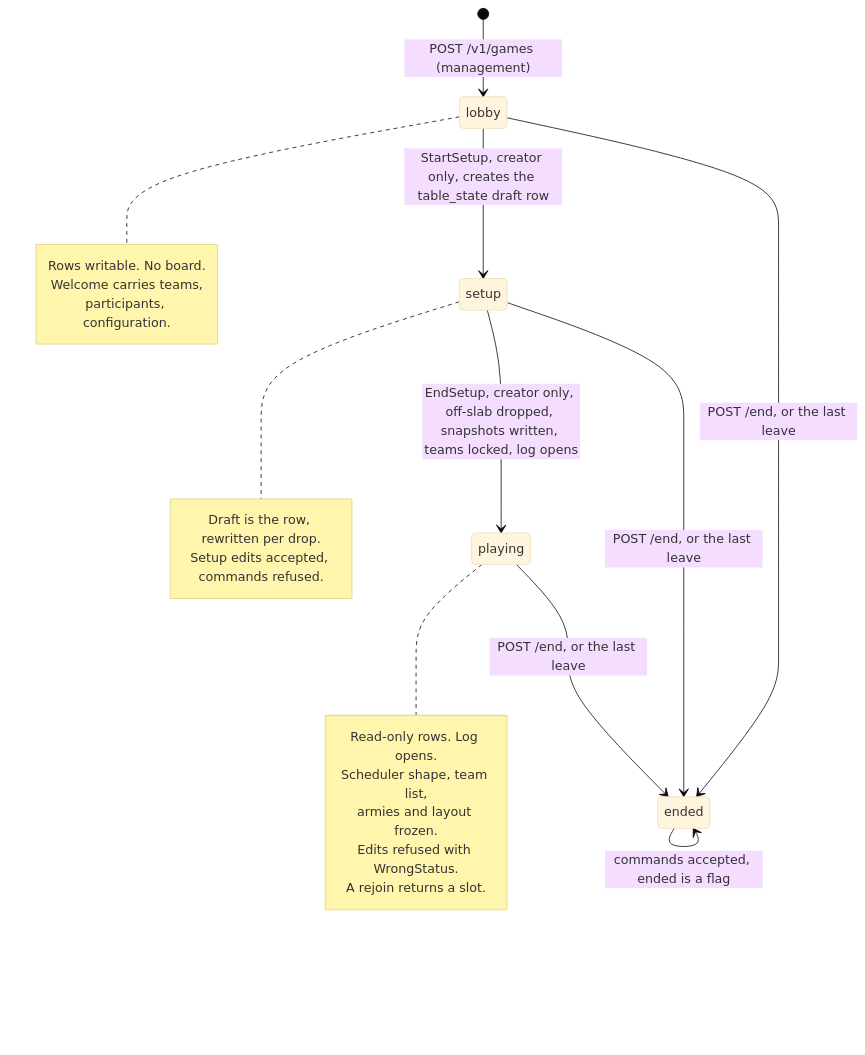
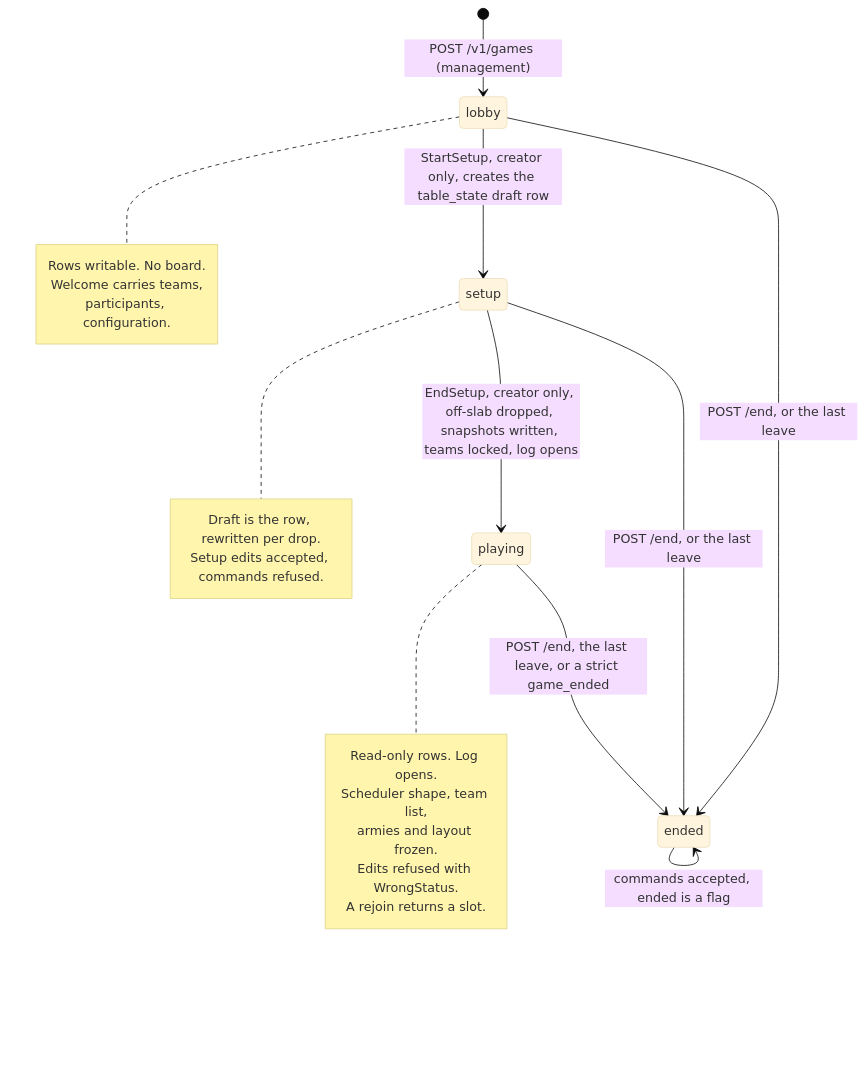
One commit to cstupi/tabletop changed diagram 11 of 12 in docs/design/game-server/design.md. Above: the diagram before and after it, drawn with Mermaid (base theme). The commit also changed other lines of this file and 22 other files, not shown here.

First line of the commit message:
Level the design docs, specs, plans, schema and handoff with the merged enforcement engine and scored core mission

````diff
--- a/docs/design/game-server/design.md
+++ b/docs/design/game-server/design.md
@@ -1068,26 +1068,26 @@
 ```mermaid
 stateDiagram-v2
     [*] --> lobby : POST /v1/games (management)
     lobby --> setup : StartSetup, creator only, creates the table_state draft row
     setup --> playing : EndSetup, creator only, off-slab dropped, snapshots written, teams locked, log opens
     lobby --> ended : POST /end, or the last leave
     setup --> ended : POST /end, or the last leave
-    playing --> ended : POST /end, or the last leave
+    playing --> ended : POST /end, the last leave, or a strict game_ended
     ended --> ended : commands accepted, ended is a flag
     note right of lobby
         Rows writable. No board.
         Welcome carries teams,
         participants, configuration.
     end note
     note right of setup
         Draft is the row, rewritten per drop.
         Setup edits accepted, commands refused.
     end note
     note right of playing
         Read-only rows. Log opens.
         Scheduler shape, team list,
         armies and layout frozen.
         Edits refused with WrongStatus.
         A rejoin returns a slot.
     end note
 ```
````
